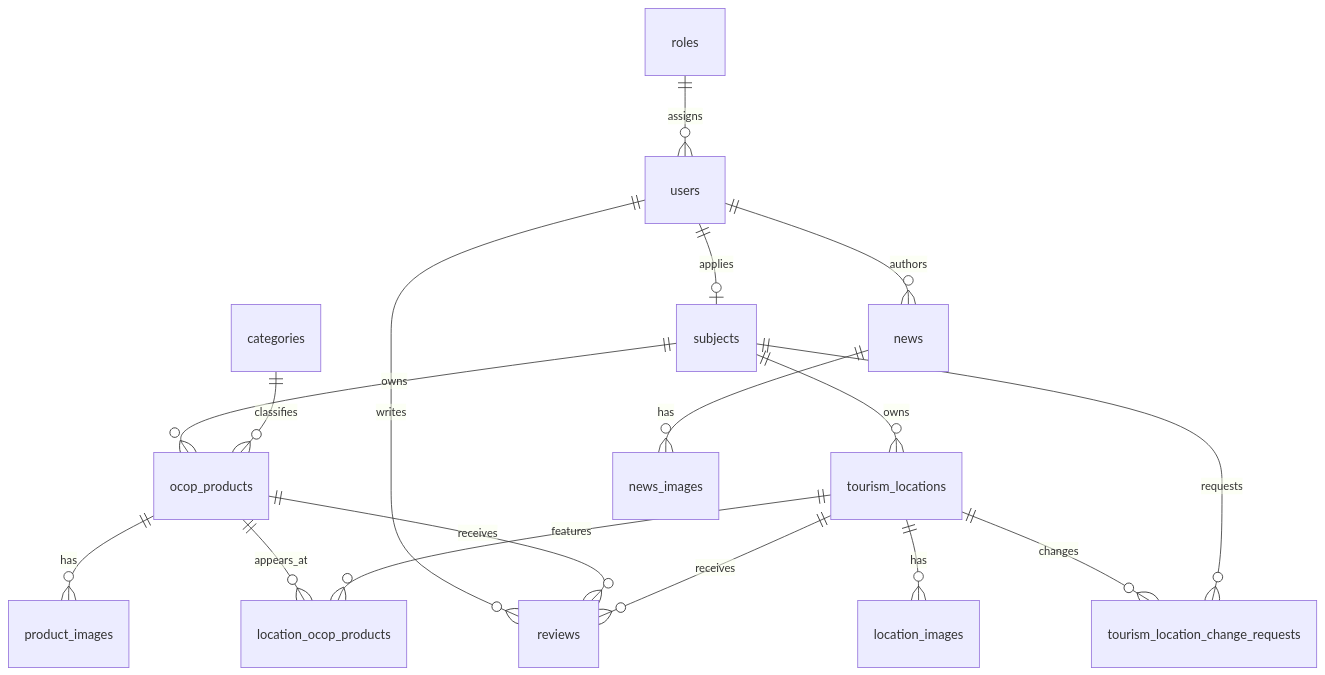
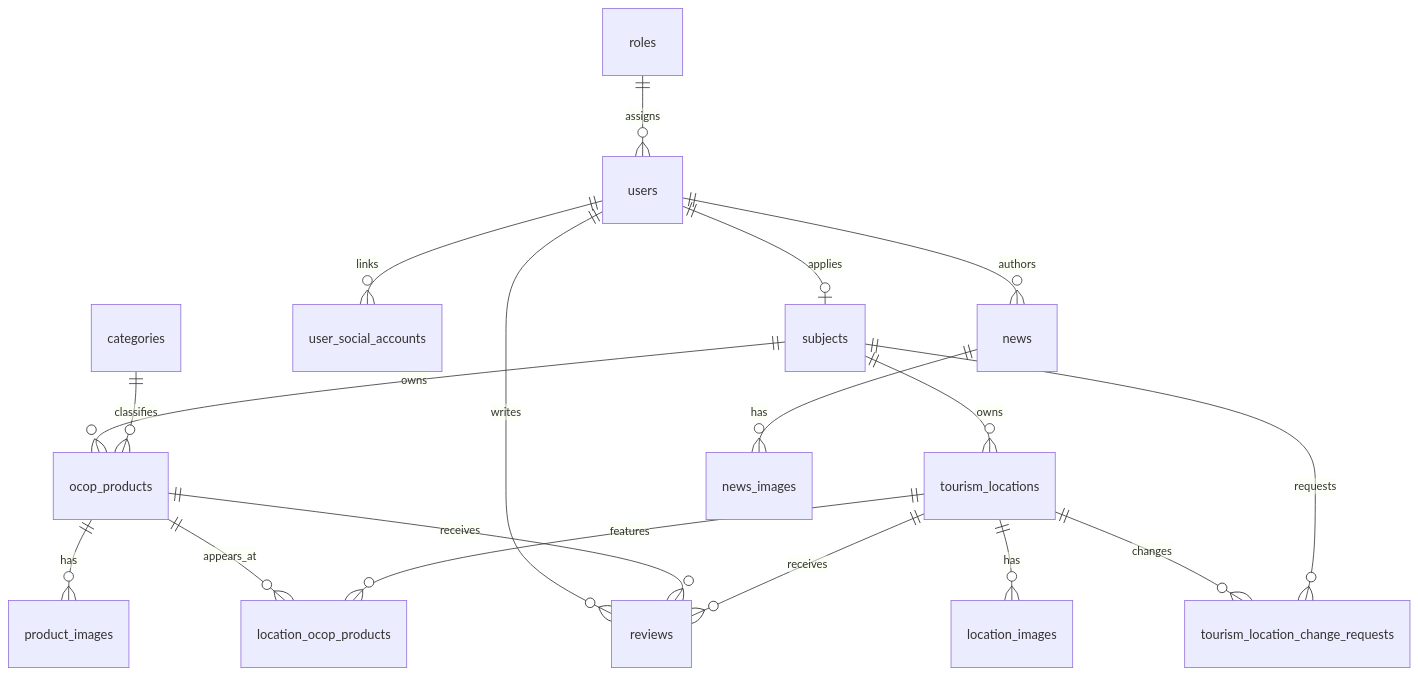
Before and after one commit to Luyen05/ocop-lamdong-portal: the diagram in database/ERD.md, drawn with Mermaid. The commit also changed other lines of this file and 5 other files, not shown here.

````diff
--- a/database/ERD.md
+++ b/database/ERD.md
@@ -3,19 +3,20 @@
 ```mermaid
 erDiagram
   roles ||--o{ users : assigns
   users ||--o| subjects : applies
+  users ||--o{ user_social_accounts : links
   users ||--o{ reviews : writes
   users ||--o{ news : authors
   subjects ||--o{ ocop_products : owns
   subjects ||--o{ tourism_locations : owns
   categories ||--o{ ocop_products : classifies
   ocop_products ||--o{ product_images : has
   tourism_locations ||--o{ location_images : has
   ocop_products ||--o{ location_ocop_products : appears_at
   tourism_locations ||--o{ location_ocop_products : features
   ocop_products ||--o{ reviews : receives
   tourism_locations ||--o{ reviews : receives
   tourism_locations ||--o{ tourism_location_change_requests : changes
   subjects ||--o{ tourism_location_change_requests : requests
   news ||--o{ news_images : has
 ```
````
